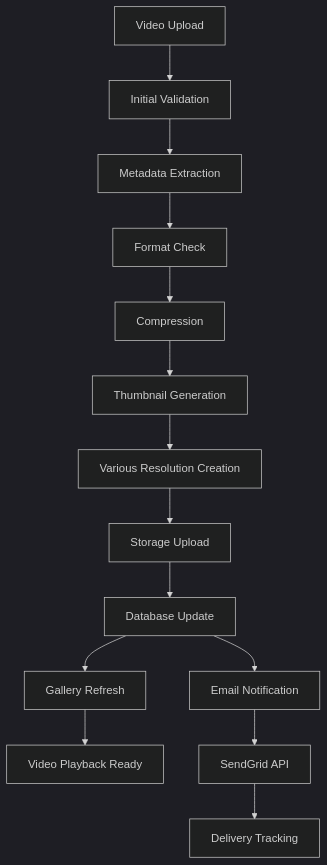
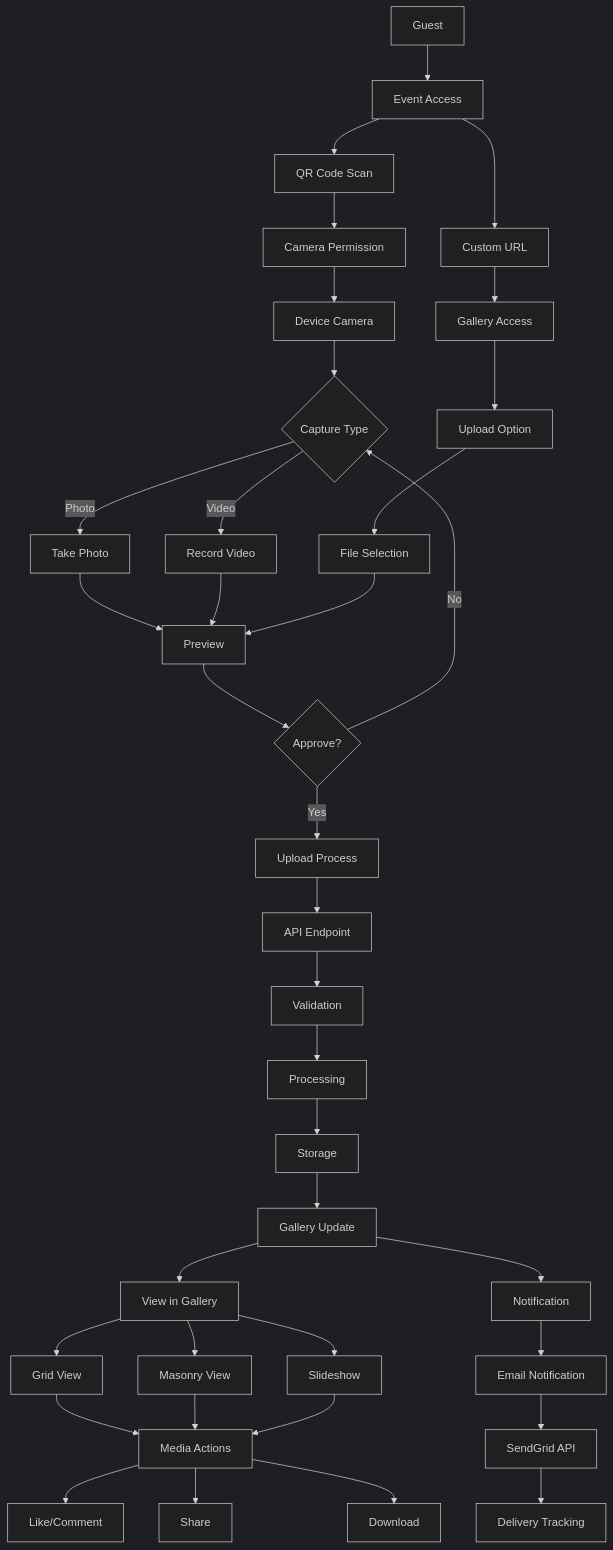
One commit to mrj0nesmtl/cloud-burst changed the third of 3 diagrams in docs/user-flows/user_flow_chart.md. Above: the diagram before and after it, drawn with Mermaid (dark theme). The commit also changed other lines of this file and 17 other files, not shown here.

````diff
--- a/docs/user-flows/user_flow_chart.md
+++ b/docs/user-flows/user_flow_chart.md
@@ -154,16 +257,42 @@
 ```mermaid
 flowchart TD
-    A[Video Upload] --> B[Initial Validation]
-    B --> C[Metadata Extraction]
-    C --> D[Format Check]
-    D --> E[Compression]
-    E --> F[Thumbnail Generation]
-    F --> G[Various Resolution Creation]
-    G --> H[Storage Upload]
-    H --> I[Database Update]
-    I --> J[Gallery Refresh]
-    J --> K[Video Playback Ready]
-    I --> L[Email Notification]
-    L --> M[SendGrid API]
-    M --> N[Delivery Tracking]
+    A[Guest] --> B[Event Access]
+    B --> C[QR Code Scan]
+    B --> D[Custom URL]
+    C --> E[Camera Permission]
+    D --> F[Gallery Access]
+    E --> G[Device Camera]
+    F --> H[Upload Option]
+    G --> I{Capture Type}
+    H --> J[File Selection]
+    I -->|Photo| K[Take Photo]
+    I -->|Video| L[Record Video]
+    K --> M[Preview]
+    L --> M
+    J --> M
+    
+    M --> N{Approve?}
+    N -->|Yes| O[Upload Process]
+    N -->|No| I
+    O --> P[API Endpoint]
+    P --> Q[Validation]
+    Q --> R[Processing]
+    R --> S[Storage]
+    S --> T[Gallery Update]
+    T --> U[View in Gallery]
+    T --> V[Notification]
+    
+    U --> W[Grid View]
+    U --> X[Masonry View]
+    U --> Y[Slideshow]
+    W --> Z[Media Actions]
+    X --> Z
+    Y --> Z
+    Z --> AA[Like/Comment]
+    Z --> AB[Share]
+    Z --> AC[Download]
+    
+    V --> AD[Email Notification]
+    AD --> AE[SendGrid API]
+    AE --> AF[Delivery Tracking]
 ```
````
